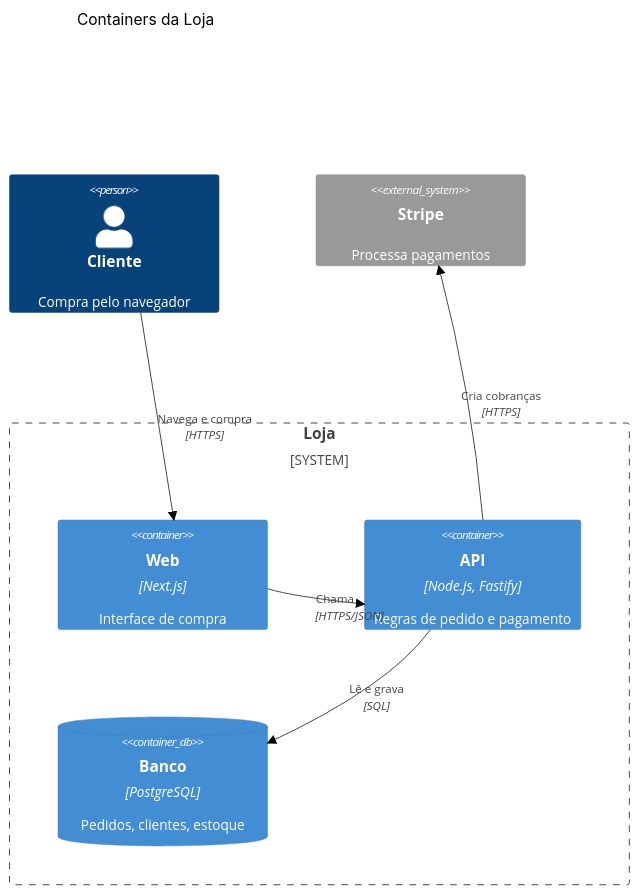
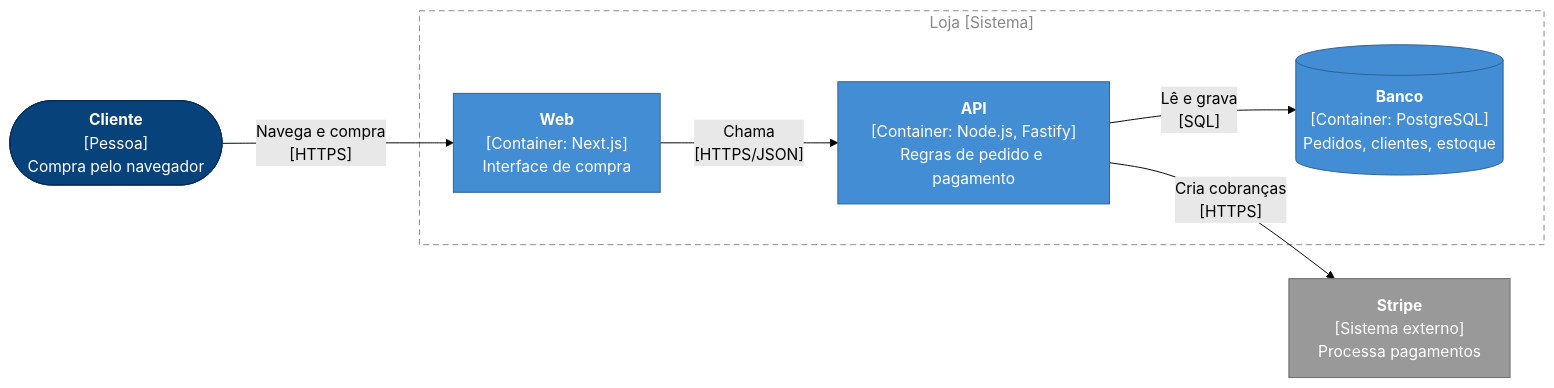
One commit to mateusblm/okeanos-agent changed the diagram in skills/engineering/as-built/SKILL.md. Above: the diagram before and after it, drawn with Mermaid (forest theme). The commit also changed other lines of this file and 4 other files, not shown here.

First line of the commit message:
as-built: draw C4 notation with flowchart instead of native C4 diagrams

````diff
--- a/skills/engineering/as-built/SKILL.md
+++ b/skills/engineering/as-built/SKILL.md
@@ -54,15 +45,28 @@
 ```mermaid
-C4Container
-  title Containers da Loja
-  Person(cliente, "Cliente", "Compra pelo navegador")
-  System_Boundary(loja, "Loja") {
-    Container(web, "Web", "Next.js", "Interface de compra")
-    Container(api, "API", "Node.js, Fastify", "Regras de pedido e pagamento")
-    ContainerDb(db, "Banco", "PostgreSQL", "Pedidos, clientes, estoque")
-  }
-  System_Ext(stripe, "Stripe", "Processa pagamentos")
-  Rel(cliente, web, "Navega e compra", "HTTPS")
-  Rel(web, api, "Chama", "HTTPS/JSON")
-  Rel(api, db, "Lê e grava", "SQL")
-  Rel(api, stripe, "Cria cobranças", "HTTPS")
+%%{init: {"flowchart": {"wrappingWidth": 220, "nodeSpacing": 50, "rankSpacing": 70}}}%%
+flowchart LR
+  classDef person fill:#08427b,stroke:#052e56,color:#ffffff
+  classDef system fill:#1168bd,stroke:#0b4884,color:#ffffff
+  classDef container fill:#438dd5,stroke:#2e6295,color:#ffffff
+  classDef component fill:#85bbf0,stroke:#5d82a8,color:#000000
+  classDef external fill:#999999,stroke:#6b6b6b,color:#ffffff
+  classDef new fill:#2e7d32,stroke:#1b5e20,color:#ffffff
+  classDef changed fill:#f9a825,stroke:#b8860b,color:#1d2330
+  classDef boundary fill:none,stroke:#888888,stroke-dasharray:6 4,color:#888888
+
+  cliente(["<b>Cliente</b><br/>[Pessoa]<br/>Compra pelo navegador"]):::person
+
+  subgraph loja["Loja [Sistema]"]
+    web["<b>Web</b><br/>[Container: Next.js]<br/>Interface de compra"]:::container
+    api["<b>API</b><br/>[Container: Node.js, Fastify]<br/>Regras de pedido e pagamento"]:::container
+    db[("<b>Banco</b><br/>[Container: PostgreSQL]<br/>Pedidos, clientes, estoque")]:::container
+  end
+  class loja boundary
+
+  stripe["<b>Stripe</b><br/>[Sistema externo]<br/>Processa pagamentos"]:::external
+
+  cliente -->|"Navega e compra<br/>[HTTPS]"| web
+  web -->|"Chama<br/>[HTTPS/JSON]"| api
+  api -->|"Lê e grava<br/>[SQL]"| db
+  api -->|"Cria cobranças<br/>[HTTPS]"| stripe
 ```
````
